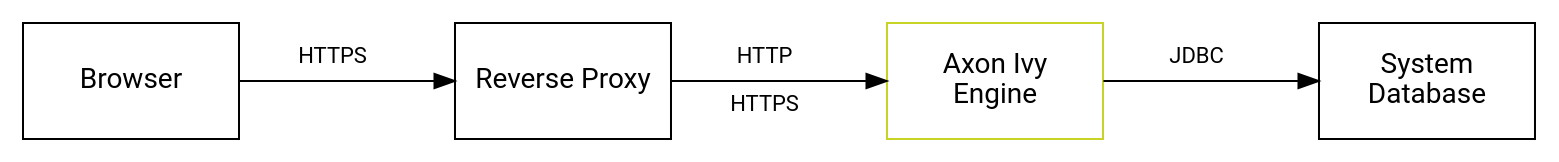
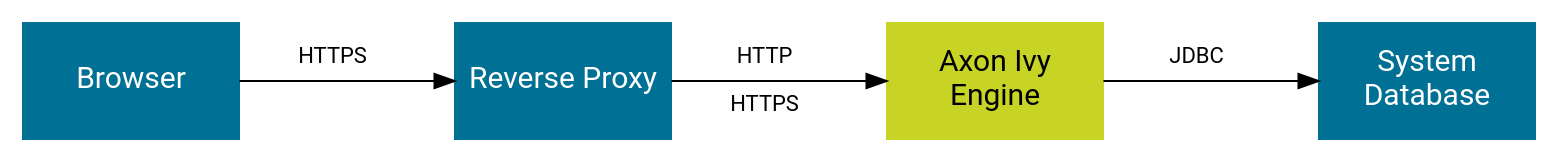
One commit to bernhardAxonIvy/doc changed the diagram in source/engine-guide/security/overview.dot. Above: the diagram before and after it, drawn with Graphviz. The commit also changed 15 other files, not shown here.

First line of the commit message:
XIVY-9337 doc update all dot graphics for wysiwyg (#649)

```diff
--- a/source/engine-guide/security/overview.dot
+++ b/source/engine-guide/security/overview.dot
@@ -1,20 +1,23 @@
 digraph overview {  
   layout=neato;
-  node [shape=box, fontname="Roboto,Helvetica Neue,Arial,sans-serif", margin=0, fixedsize="true"]; 
+
+  node [shape=box, height="0.8", width="2", color="#007095", style=filled, fixedsize="true", margin=0, 
+        fontname="Roboto,Helvetica Neue,Arial,sans-serif", fontcolor="white", fontsize=15
+       ]; 
   
   /* nodes */
   browser [label="Browser"             pos="0,2.5!", height="0.8", width="1.5"];
   reverseproxy [label="Reverse Proxy", pos="3,2.5!", height="0.8", width="1.5"];  
   engine [label="Axon Ivy\nEngine",    pos="6,2.5!", height="0.8", width="1.5", color="#C7D426", fontcolor="black"];   
   systemdb [label="System\nDatabase"   pos="9,2.5!", height="0.8", width="1.5"]
 
   /* edges */
   browser -> reverseproxy;
   reverseproxy -> engine;
   engine -> systemdb;
 
   /* edge labels */
-  browser_reverseproxy [label="HTTPS\n \n ",   pos="1.4,2.5!", shape=none, fillcolor=none, fontsize=11];
-  reverseproxy_engine [label="HTTP\n \nHTTPS", pos="4.4,2.5!", shape=none, fillcolor=none, fontsize=11];
-  engine_systemdb [label="JDBC\n \n ",         pos="7.4,2.5!", shape=none, fillcolor=none, fontsize=11];
+  browser_reverseproxy [label="HTTPS\n \n ",   pos="1.4,2.5!", shape=none, fillcolor=none, fontcolor=black, fontsize=11];
+  reverseproxy_engine [label="HTTP\n \nHTTPS", pos="4.4,2.5!", shape=none, fillcolor=none, fontcolor=black, fontsize=11];
+  engine_systemdb [label="JDBC\n \n ",         pos="7.4,2.5!", shape=none, fillcolor=none, fontcolor=black, fontsize=11];
 }
```
